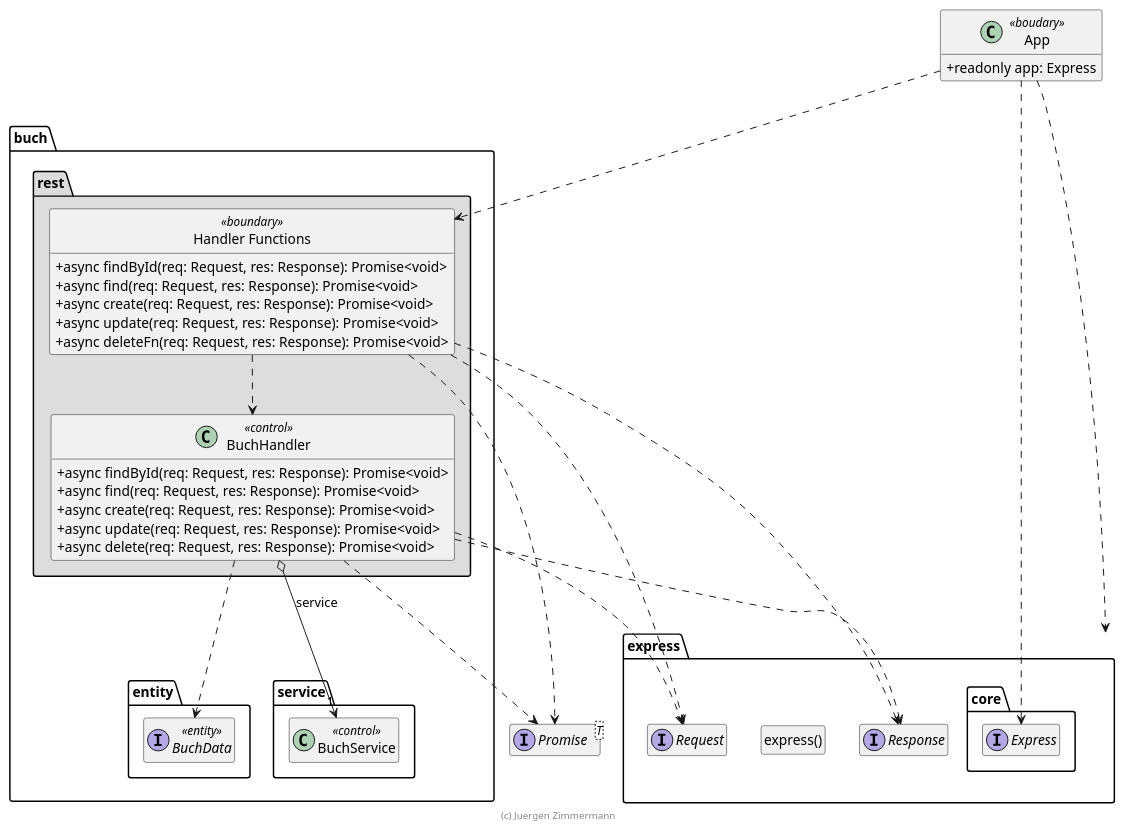
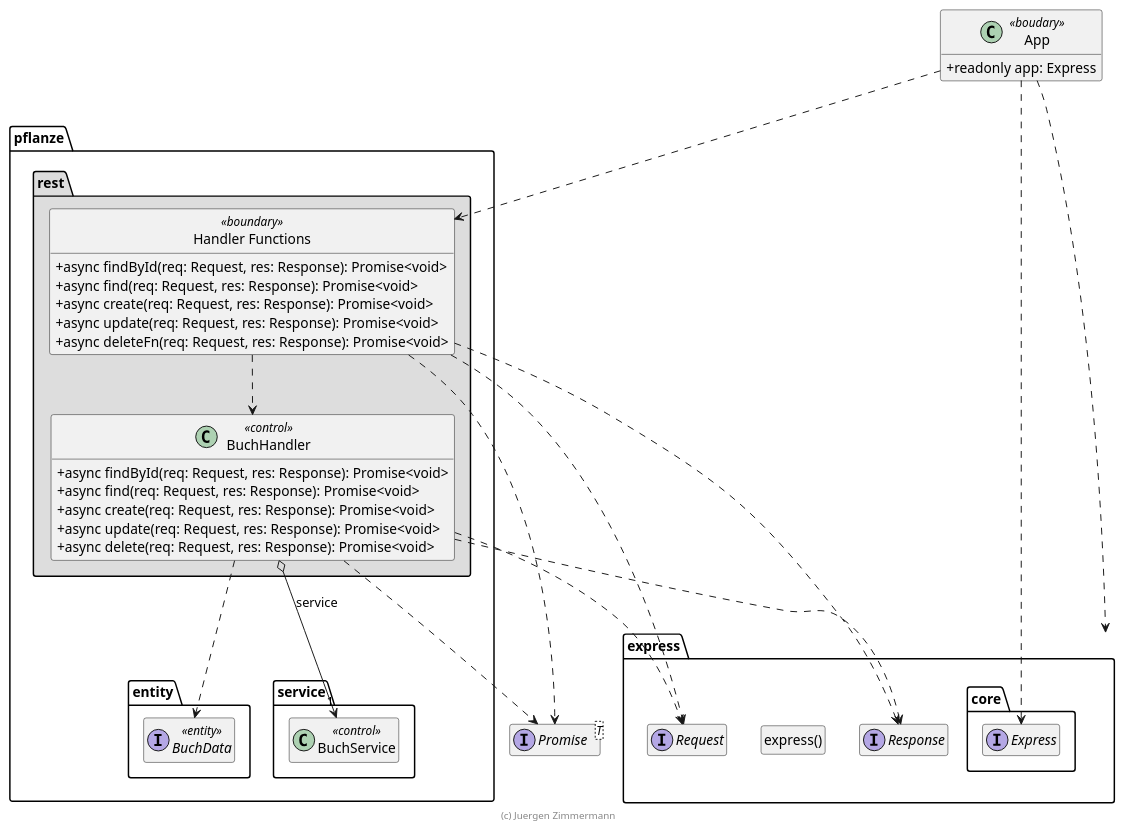
The diagram in doc/entwicklerhandbuch/BuchHandler.puml (Lasse0708/plantproject), drawn with PlantUML before and after one commit. The commit also changed 30 other files, not shown here.

```diff
--- a/doc/entwicklerhandbuch/BuchHandler.puml
+++ b/doc/entwicklerhandbuch/BuchHandler.puml
@@ -15,75 +15,75 @@
 @startuml Handler-Funktionen und Handler-Klasse
 
 !pragma useNewPackage
 skinparam classAttributeIconSize 0
 skinparam componentStyle uml2
 
 interface Promise<T>
 
 package express {
   package core {
     interface Express
   }
 
   class "express()" as express
   hide express circle
 
   interface Request
   interface Response
 }
 
 class App <<boudary>> {
   + readonly app: Express
 }
 App ..> Express
 App ..> express
 
-package buch {
+package pflanze {
   package entity {
     interface BuchData <<entity>> {
     }
   }
 
   package service {
     class BuchService << control >> {
     }
   }
 
   package rest #DDDDDD {
     "Handler Functions" .right.> Request
     "Handler Functions" ..> Response
     "Handler Functions" ..> Promise
     "Handler Functions" ..> BuchHandler
 
     BuchHandler o--> "1" BuchService : service
     BuchHandler .right.> Request
     BuchHandler ..> Response
     BuchHandler ..> BuchData
     BuchHandler ..> Promise
 
     class "Handler Functions" << boundary >> {
       + async findById(req: Request, res: Response): Promise<void>
       + async find(req: Request, res: Response): Promise<void>
       + async create(req: Request, res: Response): Promise<void>
       + async update(req: Request, res: Response): Promise<void>
       + async deleteFn(req: Request, res: Response): Promise<void>
     }
     hide "Handler Functions" << boundary >> circle
 
     class BuchHandler << control >> {
       + async findById(req: Request, res: Response): Promise<void>
       + async find(req: Request, res: Response): Promise<void>
       + async create(req: Request, res: Response): Promise<void>
       + async update(req: Request, res: Response): Promise<void>
       + async delete(req: Request, res: Response): Promise<void>
     }
   }
 }
 
 App ..> "Handler Functions"
 
 hide empty members
 
 footer (c) Juergen Zimmermann
 
 @enduml
```
